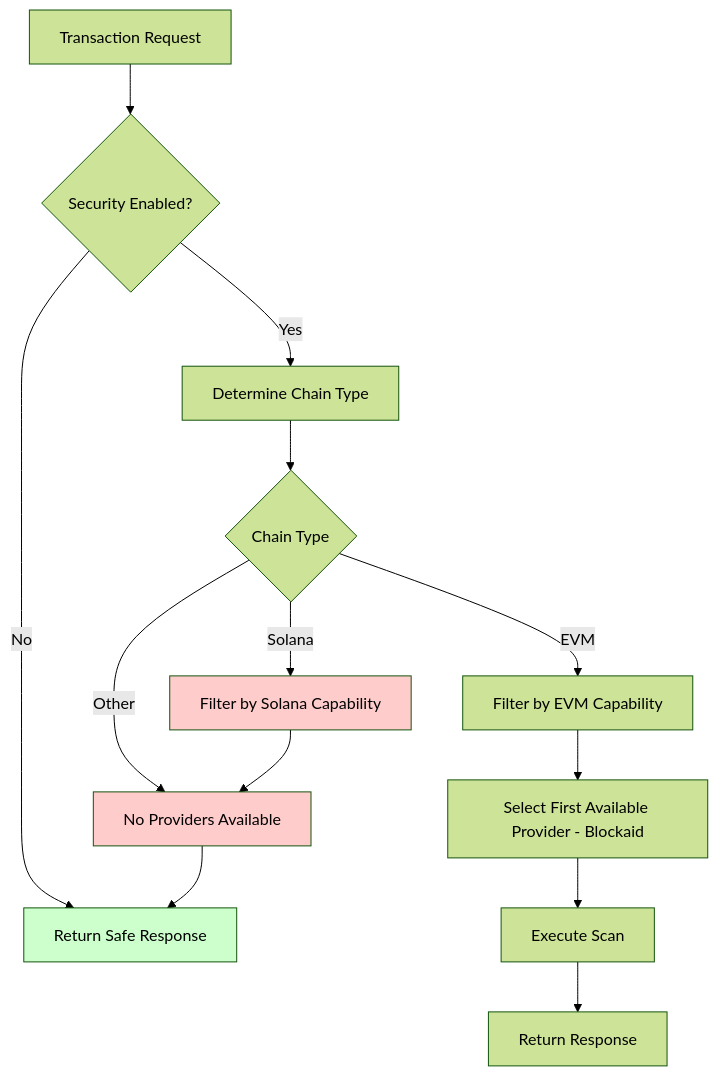
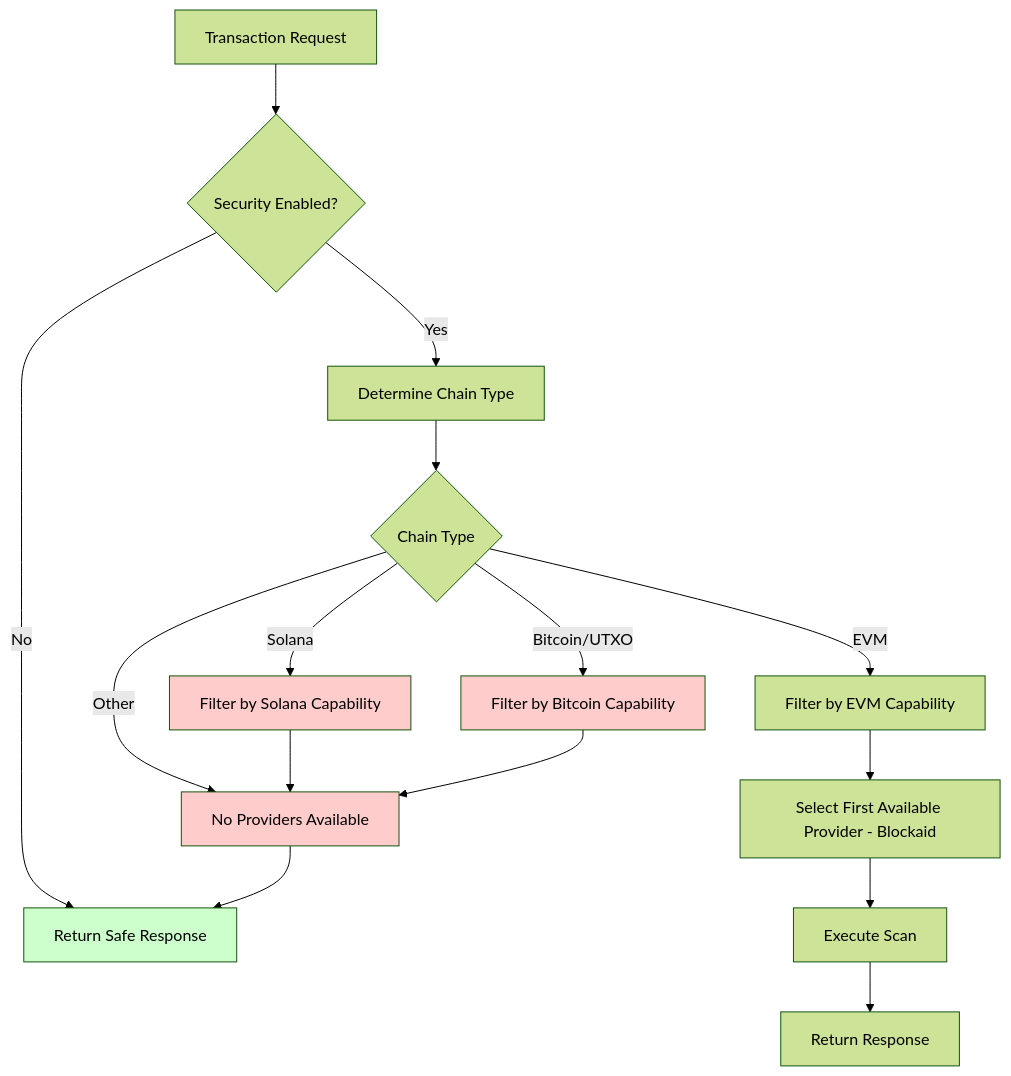
One commit to vultisig/vultisig-ios changed the first of 3 diagrams in VultisigApp/VultisigApp/Services/Security/docs/Security.md. Above: the diagram before and after it, drawn with Mermaid (forest theme). The commit also changed other lines of this file, not shown here.

````diff
--- a/VultisigApp/VultisigApp/Services/Security/docs/Security.md
+++ b/VultisigApp/VultisigApp/Services/Security/docs/Security.md
@@ -58,19 +61,22 @@
 ```mermaid
 graph TD
     A[Transaction Request] --> B{Security Enabled?}
     B -->|No| C[Return Safe Response]
     B -->|Yes| D[Determine Chain Type]
     D --> E{Chain Type}
     E -->|EVM| F[Filter by EVM Capability]
     E -->|Solana| G[Filter by Solana Capability] 
-    E -->|Other| H[No Providers Available]
-    F --> I[Select First Available Provider - Blockaid]
-    G --> H
-    H --> C
-    I --> J[Execute Scan]
-    J --> K[Return Response]
+    E -->|Bitcoin/UTXO| H[Filter by Bitcoin Capability]
+    E -->|Other| I[No Providers Available]
+    F --> J[Select First Available Provider - Blockaid]
+    G --> I
+    H --> I
+    I --> C
+    J --> K[Execute Scan]
+    K --> L[Return Response]
     
     style G fill:#ffcccc
     style H fill:#ffcccc
+    style I fill:#ffcccc
     style C fill:#ccffcc
 ```
````
